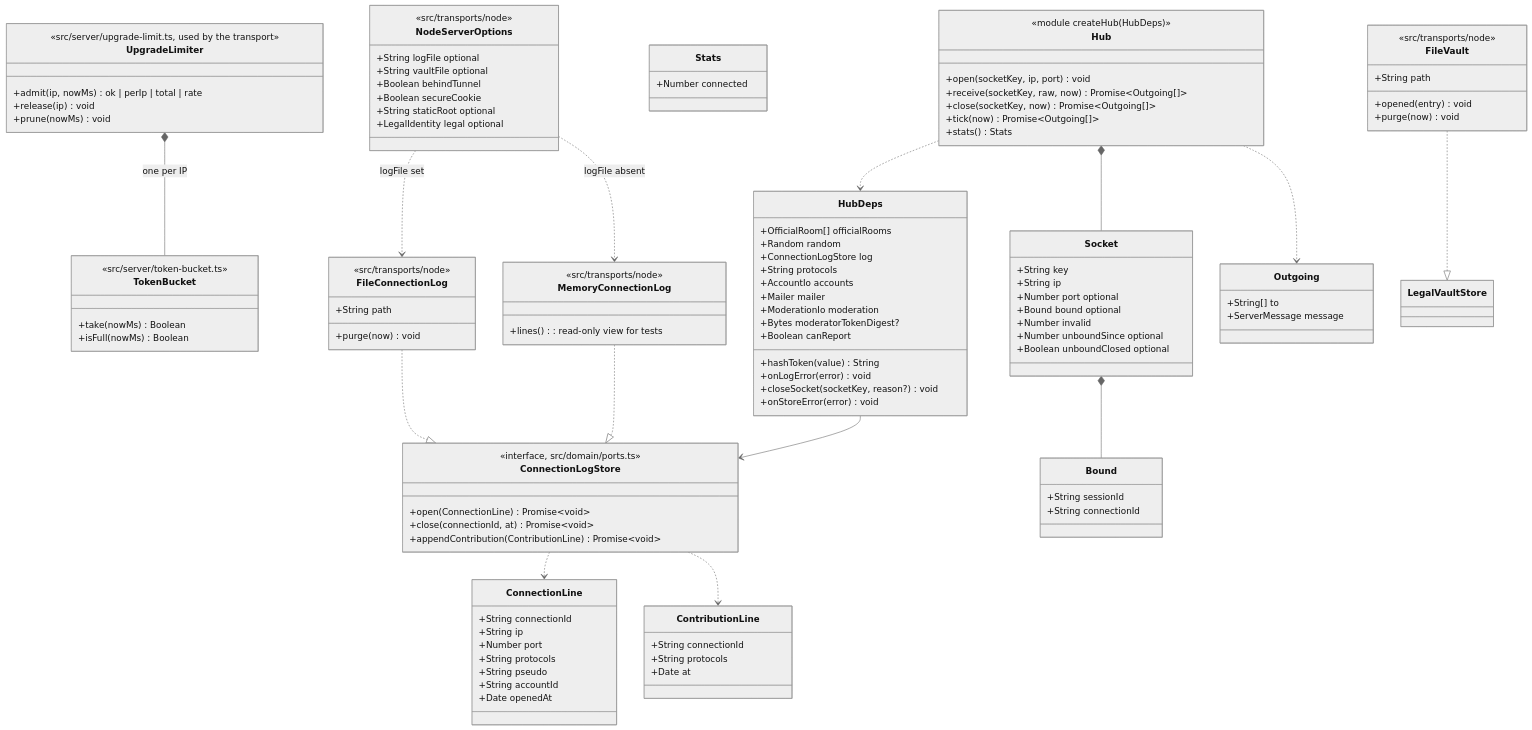
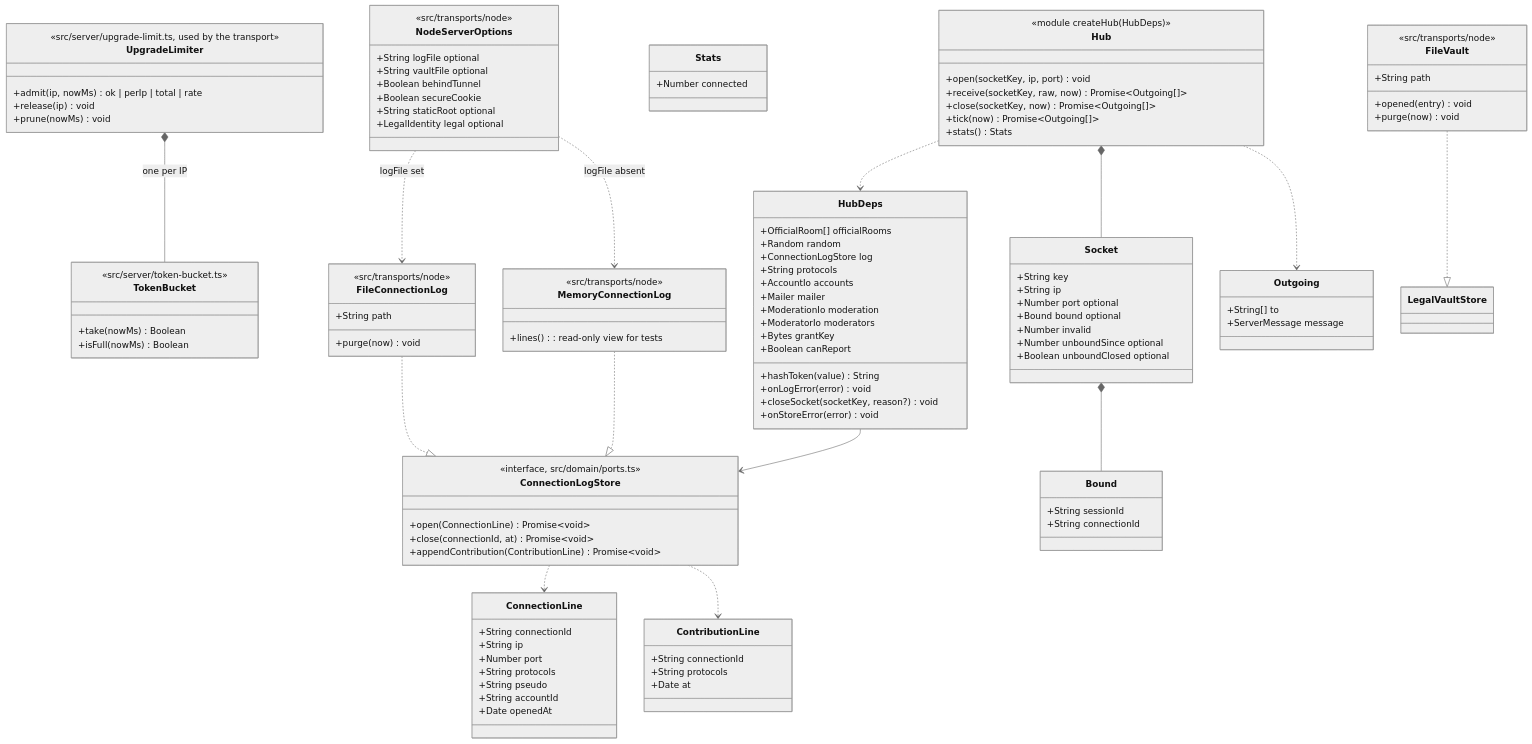
One commit to benoit-bremaud/asv changed the first of 2 diagrams in docs/architecture/diagrams/platform/04c-class-server-hub.md. Above: the diagram before and after it, drawn with Mermaid (neutral theme). The commit also changed other lines of this file and 14 other files, not shown here.

```diff
--- a/docs/architecture/diagrams/platform/04c-class-server-hub.md
+++ b/docs/architecture/diagrams/platform/04c-class-server-hub.md
@@ -37,7 +37,8 @@
     +Mailer mailer
     +onStoreError(error) void
     +ModerationIo moderation
-    +Bytes moderatorTokenDigest?
+    +ModeratorIo moderators
+    +Bytes grantKey
     +Boolean canReport
   }
   class ConnectionLogStore {
```
